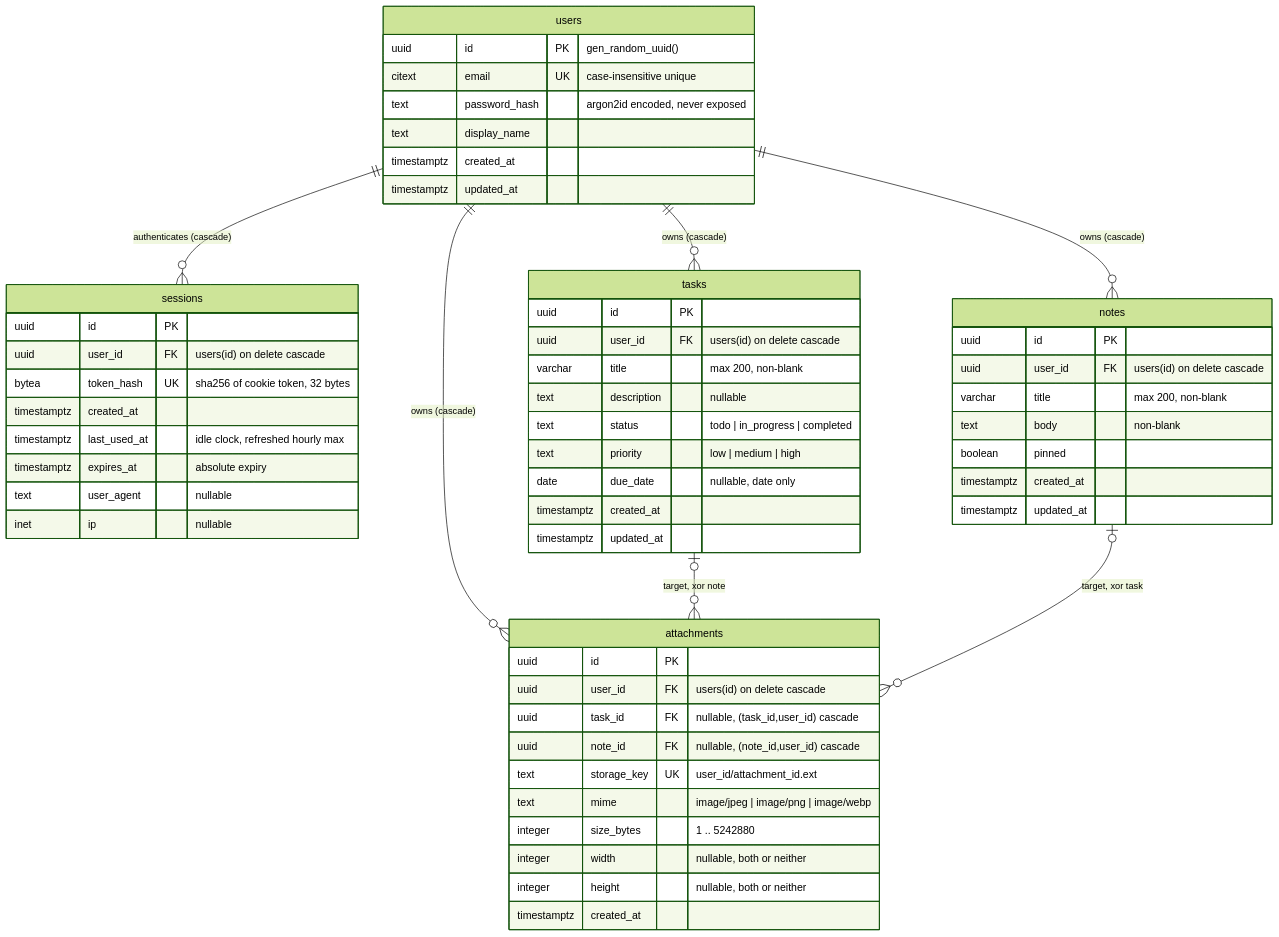
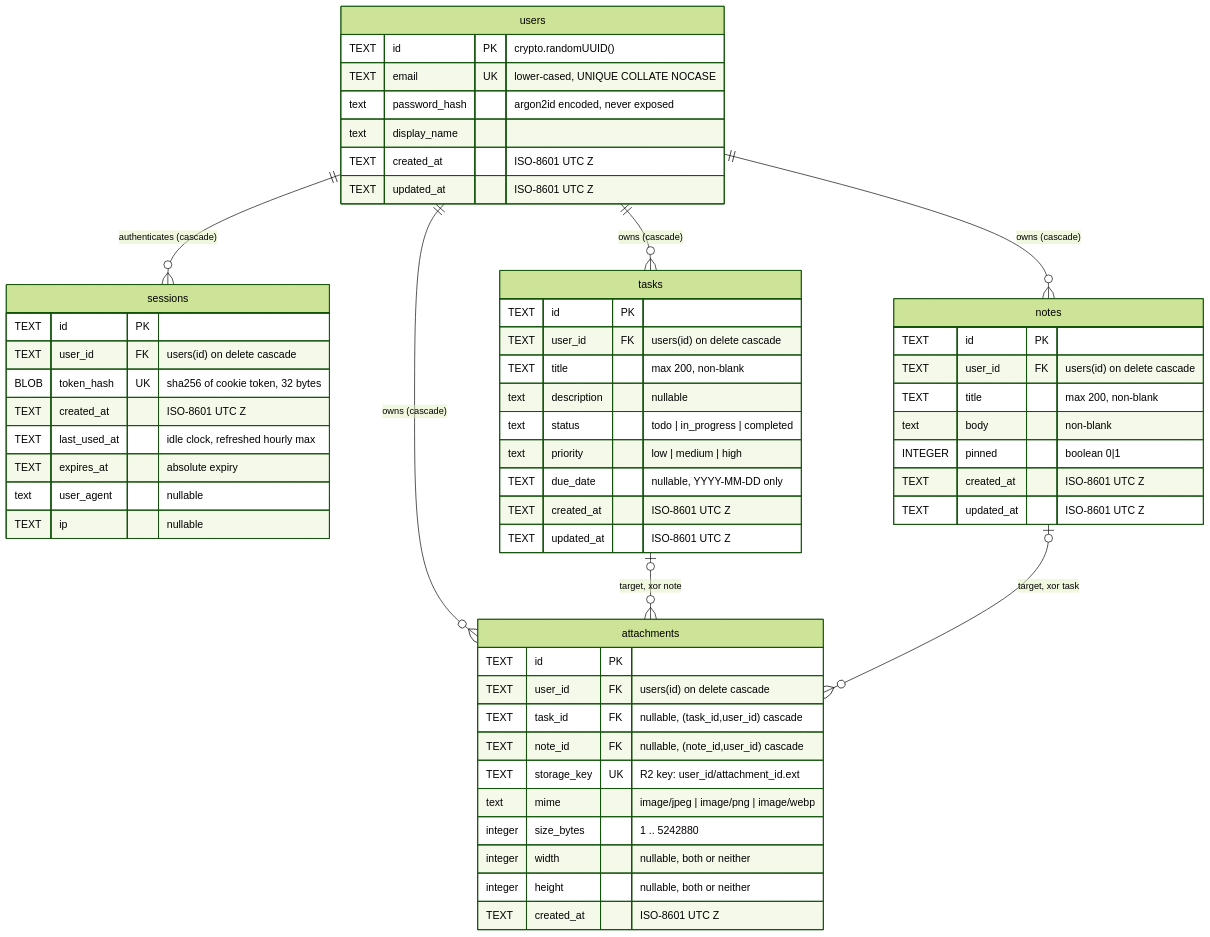
Before and after one commit to mhiqrambg/rweb-task-management: the diagram in .planning/05-database-design.md, drawn with Mermaid (forest theme). The commit also changed other lines of this file and 18 other files, not shown here.

````diff
--- a/.planning/05-database-design.md
+++ b/.planning/05-database-design.md
@@ -70,64 +71,64 @@
 ```mermaid
 erDiagram
     users ||--o{ sessions : "authenticates (cascade)"
     users ||--o{ tasks : "owns (cascade)"
     users ||--o{ notes : "owns (cascade)"
     users ||--o{ attachments : "owns (cascade)"
     tasks |o--o{ attachments : "target, xor note"
     notes |o--o{ attachments : "target, xor task"
 
     users {
-        uuid id PK "gen_random_uuid()"
-        citext email UK "case-insensitive unique"
+        TEXT id PK "crypto.randomUUID()"
+        TEXT email UK "lower-cased, UNIQUE COLLATE NOCASE"
         text password_hash "argon2id encoded, never exposed"
         text display_name
-        timestamptz created_at
-        timestamptz updated_at
+        TEXT created_at "ISO-8601 UTC Z"
+        TEXT updated_at "ISO-8601 UTC Z"
     }
 
     sessions {
-        uuid id PK
-        uuid user_id FK "users(id) on delete cascade"
-        bytea token_hash UK "sha256 of cookie token, 32 bytes"
-        timestamptz created_at
-        timestamptz last_used_at "idle clock, refreshed hourly max"
-        timestamptz expires_at "absolute expiry"
+        TEXT id PK
+        TEXT user_id FK "users(id) on delete cascade"
+        BLOB token_hash UK "sha256 of cookie token, 32 bytes"
+        TEXT created_at "ISO-8601 UTC Z"
+        TEXT last_used_at "idle clock, refreshed hourly max"
+        TEXT expires_at "absolute expiry"
         text user_agent "nullable"
-        inet ip "nullable"
+        TEXT ip "nullable"
     }
 
     tasks {
-        uuid id PK
-        uuid user_id FK "users(id) on delete cascade"
-        varchar title "max 200, non-blank"
+        TEXT id PK
+        TEXT user_id FK "users(id) on delete cascade"
+        TEXT title "max 200, non-blank"
         text description "nullable"
         text status "todo | in_progress | completed"
         text priority "low | medium | high"
-        date due_date "nullable, date only"
-        timestamptz created_at
-        timestamptz updated_at
+        TEXT due_date "nullable, YYYY-MM-DD only"
+        TEXT created_at "ISO-8601 UTC Z"
+        TEXT updated_at "ISO-8601 UTC Z"
     }
 
     notes {
-        uuid id PK
-        uuid user_id FK "users(id) on delete cascade"
-        varchar title "max 200, non-blank"
+        TEXT id PK
+        TEXT user_id FK "users(id) on delete cascade"
+        TEXT title "max 200, non-blank"
         text body "non-blank"
-        boolean pinned
-        timestamptz created_at
-        timestamptz updated_at
+        INTEGER pinned "boolean 0|1"
+        TEXT created_at "ISO-8601 UTC Z"
+        TEXT updated_at "ISO-8601 UTC Z"
     }
 
     attachments {
-        uuid id PK
-        uuid user_id FK "users(id) on delete cascade"
-        uuid task_id FK "nullable, (task_id,user_id) cascade"
-        uuid note_id FK "nullable, (note_id,user_id) cascade"
-        text storage_key UK "user_id/attachment_id.ext"
+        TEXT id PK
+        TEXT user_id FK "users(id) on delete cascade"
+        TEXT task_id FK "nullable, (task_id,user_id) cascade"
+        TEXT note_id FK "nullable, (note_id,user_id) cascade"
+        TEXT storage_key UK "R2 key: user_id/attachment_id.ext"
         text mime "image/jpeg | image/png | image/webp"
         integer size_bytes "1 .. 5242880"
         integer width "nullable, both or neither"
         integer height "nullable, both or neither"
-        timestamptz created_at
+        TEXT created_at "ISO-8601 UTC Z"
     }
 ```
````
